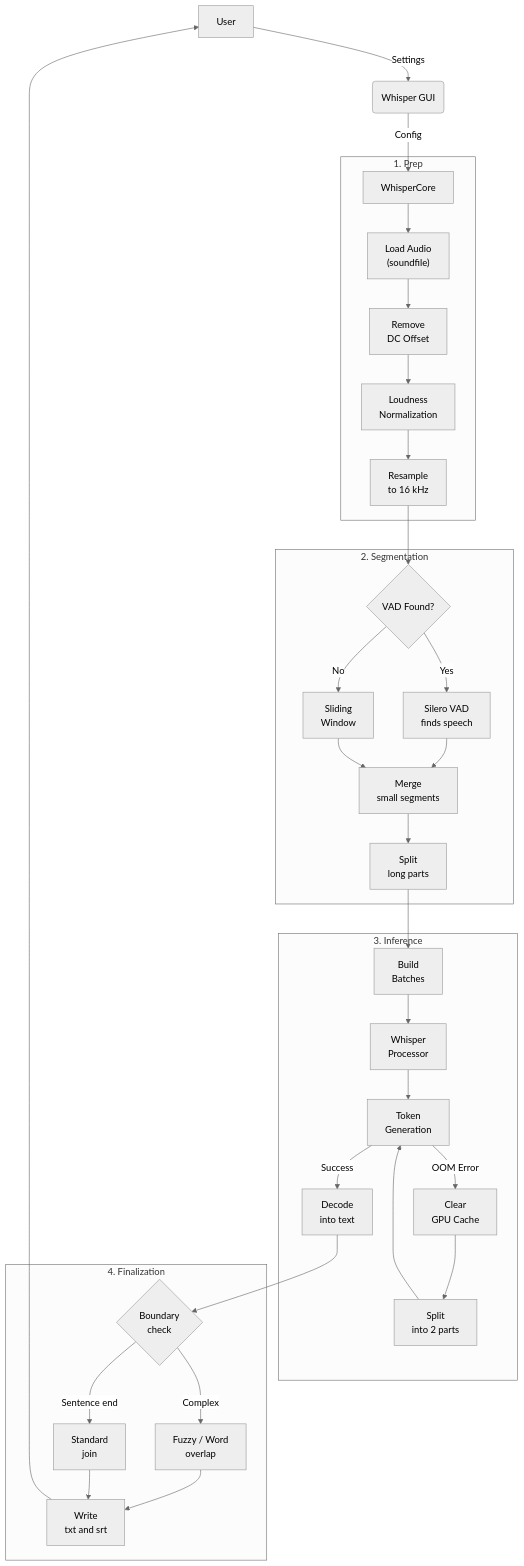
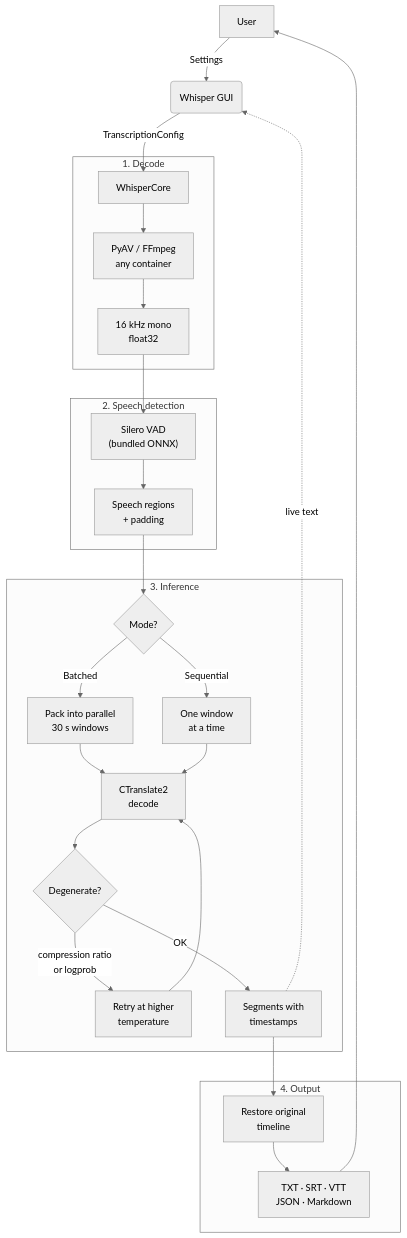
Before and after one commit to Anim-2022/Whisper: the first of 2 diagrams in README.md, drawn with Mermaid (neutral theme). The commit also changed other lines of this file and 4 other files, not shown here.

````diff
--- a/README.md
+++ b/README.md
@@ -128,44 +166,35 @@
 ```mermaid
 graph TD
     A["User"] -->|"Settings"| B("Whisper GUI")
-    B -->|"Config"| C["WhisperCore"]
-    
-    subgraph step1 ["1. Prep"]
-        C --> D["Load Audio<br/>(soundfile)"]
-        D --> E["Remove<br/>DC Offset"]
-        E --> F["Loudness<br/>Normalization"]
-        F --> G["Resample<br/>to 16 kHz"]
+    B -->|"TranscriptionConfig"| C["WhisperCore"]
+
+    subgraph step1 ["1. Decode"]
+        C --> D["PyAV / FFmpeg<br/>any container"]
+        D --> E["16 kHz mono<br/>float32"]
     end
-    
-    subgraph step2 ["2. Segmentation"]
-        G --> H{"VAD Found?"}
-        H -->|"Yes"| I["Silero VAD<br/>finds speech"]
-        H -->|"No"| J["Sliding<br/>Window"]
-        I --> K["Merge<br/>small segments"]
+
+    subgraph step2 ["2. Speech detection"]
+        E --> F["Silero VAD<br/>(bundled ONNX)"]
+        F --> G["Speech regions<br/>+ padding"]
+    end
+
+    subgraph step3 ["3. Inference"]
+        G --> H{"Mode?"}
+        H -->|"Batched"| I["Pack into parallel<br/>30 s windows"]
+        H -->|"Sequential"| J["One window<br/>at a time"]
+        I --> K["CTranslate2<br/>decode"]
         J --> K
-        K --> L["Split<br/>long parts"]
+        K --> L{"Degenerate?"}
+        L -->|"compression ratio<br/>or logprob"| M["Retry at higher<br/>temperature"]
+        M --> K
+        L -->|"OK"| N["Segments with<br/>timestamps"]
     end
-    
-    subgraph step3 ["3. Inference"]
-        L --> M["Build<br/>Batches"]
-        M --> N["Whisper<br/>Processor"]
-        N --> O["Token<br/>Generation"]
-        
-        O -->|"OOM Error"| P["Clear<br/>GPU Cache"]
-        P --> Q["Split<br/>into 2 parts"]
-        Q --> O
-        
-        O -->|"Success"| R["Decode<br/>into text"]
+
+    subgraph step4 ["4. Output"]
+        N --> O["Restore original<br/>timeline"]
+        O --> P["TXT · SRT · VTT<br/>JSON · Markdown"]
     end
-    
-    subgraph step4 ["4. Finalization"]
-        R --> S{"Boundary<br/>check"}
-        S -->|"Complex"| T["Fuzzy / Word<br/>overlap"]
-        S -->|"Sentence end"| U["Standard<br/>join"]
-        T --> V
-        U --> V
-        V["Write<br/>txt and srt"]
-    end
-    
-    V --> A
+
+    P --> A
+    N -.->|"live text"| B
 ```
````
